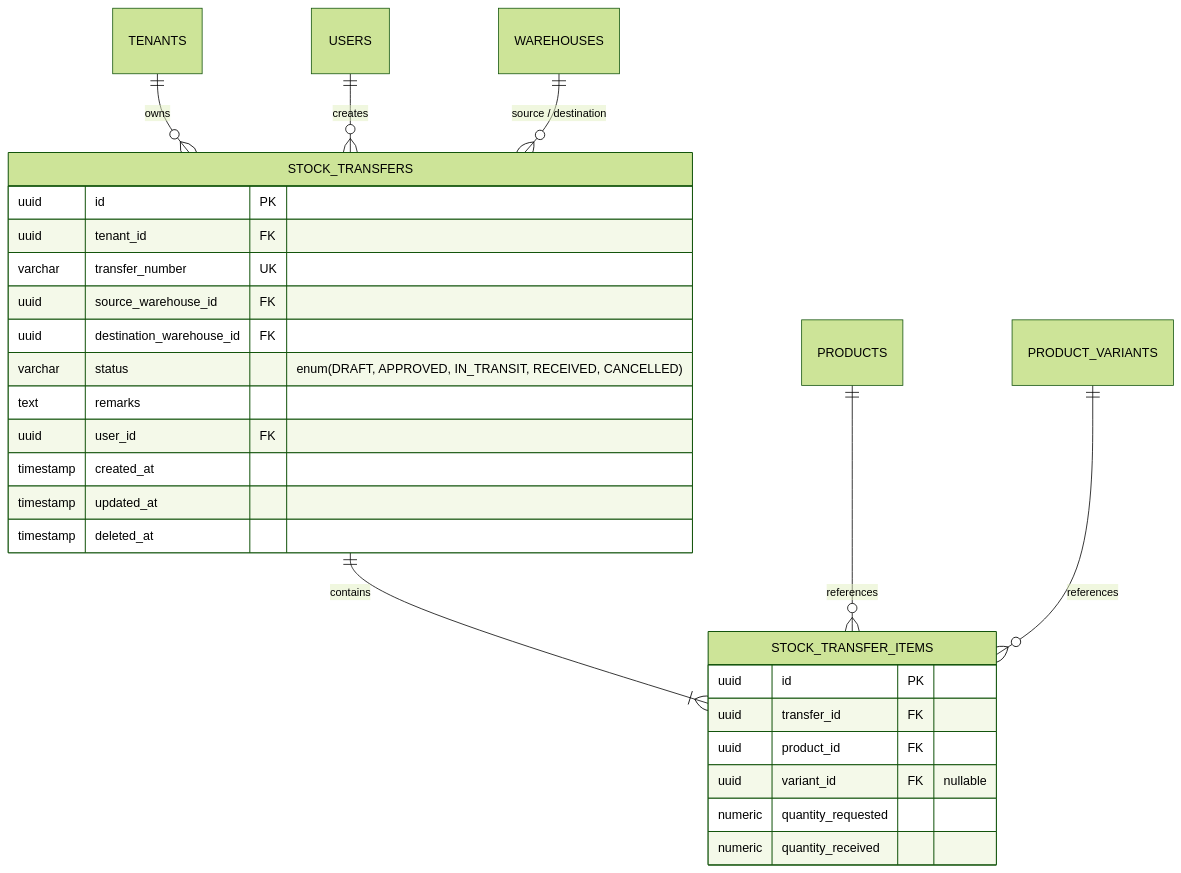
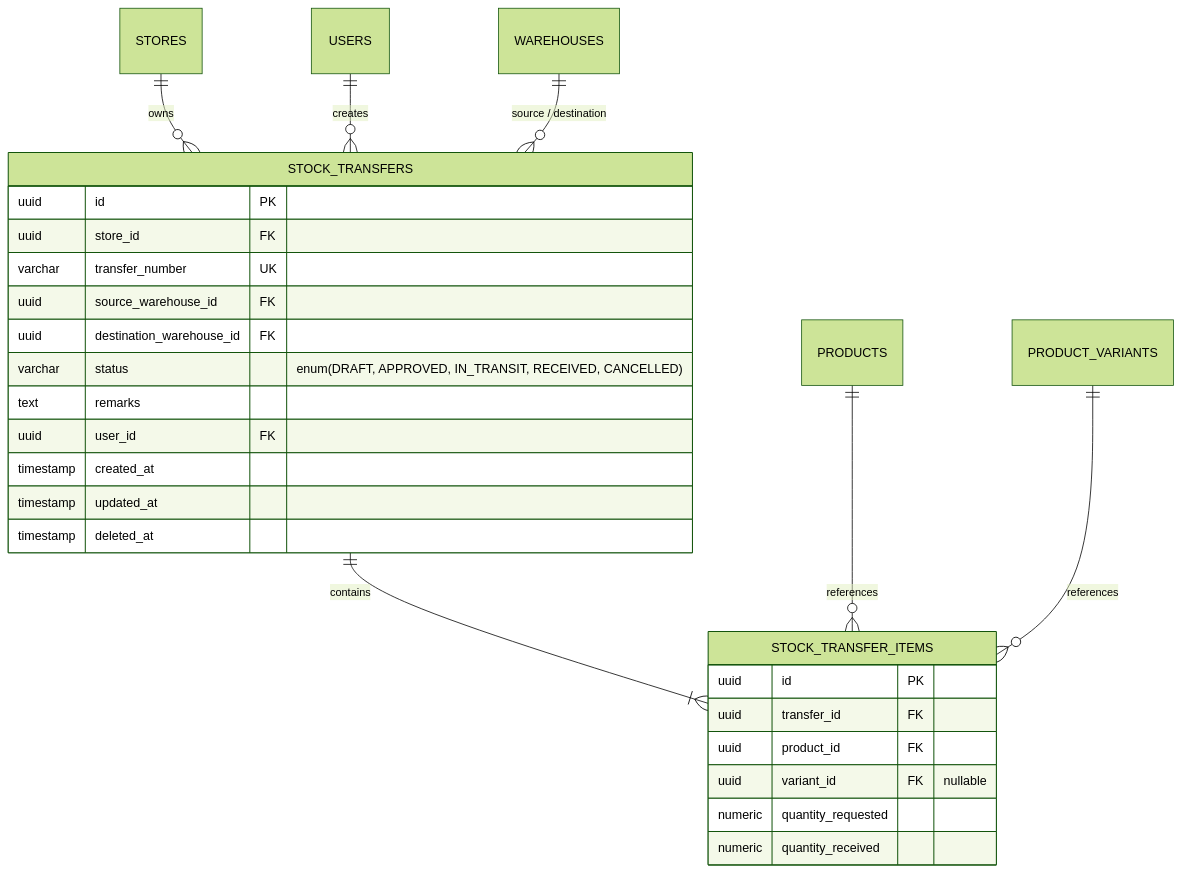
The second of 2 diagrams in doc/system-design/multi_warehouse_stock_documents_analysis.md (gowtamkumar/eCommerce-multi-store-saas-erp), drawn with Mermaid (forest theme) before and after one commit. The commit also changed other lines of this file and 764 other files, not shown here.

````diff
--- a/doc/system-design/multi_warehouse_stock_documents_analysis.md
+++ b/doc/system-design/multi_warehouse_stock_documents_analysis.md
@@ -50,30 +50,30 @@
 ```mermaid
 erDiagram
-    TENANTS ||--o{ STOCK_TRANSFERS : owns
+    STORES ||--o{ STOCK_TRANSFERS : owns
     USERS ||--o{ STOCK_TRANSFERS : creates
     WAREHOUSES ||--o{ STOCK_TRANSFERS : "source / destination"
     STOCK_TRANSFERS ||--|{ STOCK_TRANSFER_ITEMS : contains
     PRODUCTS ||--o{ STOCK_TRANSFER_ITEMS : references
     PRODUCT_VARIANTS ||--o{ STOCK_TRANSFER_ITEMS : references
     STOCK_TRANSFERS {
         uuid id PK
-        uuid tenant_id FK
+        uuid store_id FK
         varchar transfer_number UK
         uuid source_warehouse_id FK
         uuid destination_warehouse_id FK
         varchar status "enum(DRAFT, APPROVED, IN_TRANSIT, RECEIVED, CANCELLED)"
         text remarks
         uuid user_id FK
         timestamp created_at
         timestamp updated_at
         timestamp deleted_at
     }
     STOCK_TRANSFER_ITEMS {
         uuid id PK
         uuid transfer_id FK
         uuid product_id FK
         uuid variant_id FK "nullable"
         numeric quantity_requested
         numeric quantity_received
     }
 ```
````
